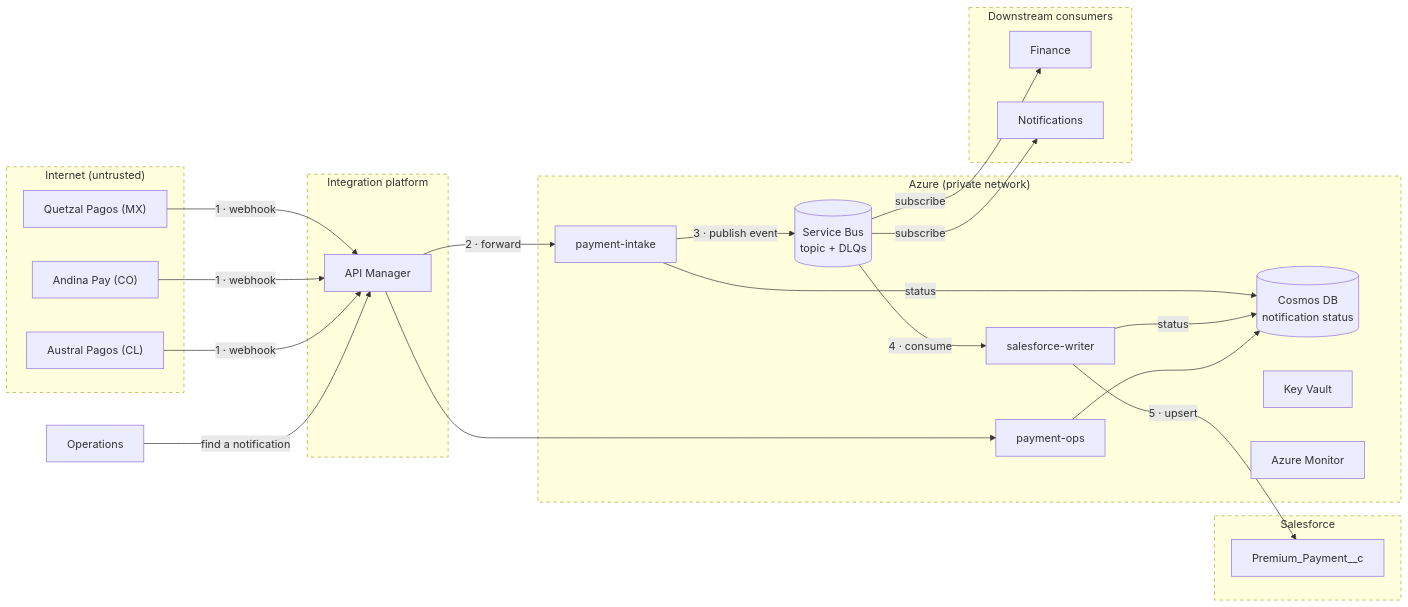
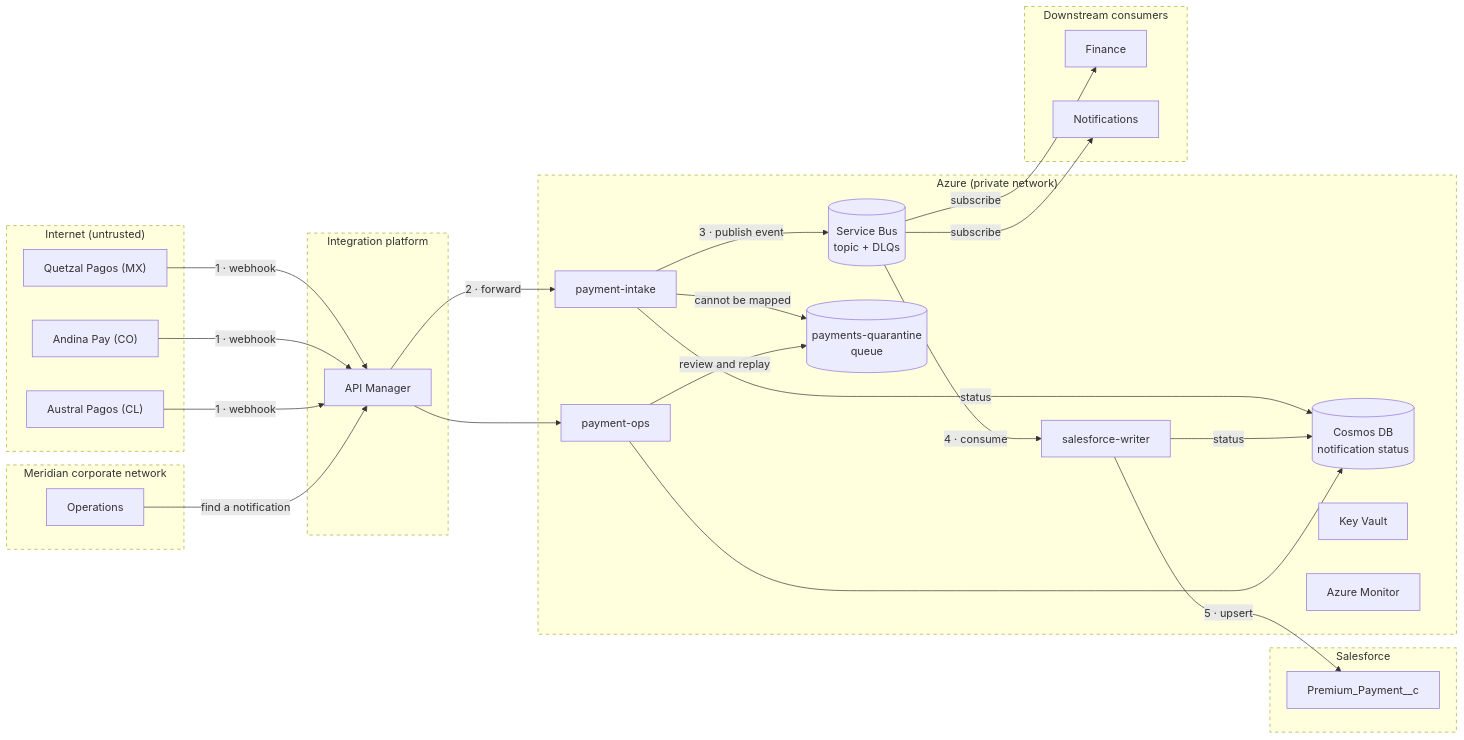
Before and after one commit to namaba18/MeridianMutual: the first of 3 diagrams in docs/design/SOLUTION_DESIGN.md, drawn with Mermaid. The commit also changed other lines of this file and 17 other files, not shown here.

````diff
--- a/docs/design/SOLUTION_DESIGN.md
+++ b/docs/design/SOLUTION_DESIGN.md
@@ -7,50 +7,56 @@
 ```mermaid
 flowchart LR
     subgraph INTERNET["Internet (untrusted)"]
         QZ["Quetzal Pagos (MX)"]
         AN["Andina Pay (CO)"]
         AU["Austral Pagos (CL)"]
     end
 
     subgraph PLATFORM["Integration platform"]
         APIM["API Manager"]
     end
 
     subgraph AZURE["Azure (private network)"]
         IN["payment-intake"]
         SB[("Service Bus<br/>topic + DLQs")]
+        QQ[("payments-quarantine<br/>queue")]
         SFW["salesforce-writer"]
         DB[("Cosmos DB<br/>notification status")]
         OPS["payment-ops"]
         KV["Key Vault"]
         MON["Azure Monitor"]
     end
 
     subgraph SALESFORCE["Salesforce"]
         SF["Premium_Payment__c"]
     end
 
     subgraph DOWNSTREAM["Downstream consumers"]
         FIN["Finance"]
         NOT["Notifications"]
     end
 
-    OPSU["Operations"]
+    subgraph CORP["Meridian corporate network"]
+        OPSU["Operations"]
+    end
 
     QZ & AN & AU -->|"1 · webhook"| APIM
     APIM -->|"2 · forward"| IN
     IN -->|"3 · publish event"| SB
     SB -->|"4 · consume"| SFW
     SFW -->|"5 · upsert"| SF
     SB -->|"subscribe"| FIN & NOT
     IN & SFW -->|"status"| DB
+    IN -->|"cannot be mapped"| QQ
     OPSU -->|"find a notification"| APIM
     APIM --> OPS
     OPS --> DB
+    OPS -->|"review and replay"| QQ
 
     style INTERNET stroke-dasharray:5 5
     style PLATFORM stroke-dasharray:5 5
     style AZURE stroke-dasharray:5 5
     style SALESFORCE stroke-dasharray:5 5
     style DOWNSTREAM stroke-dasharray:5 5
+    style CORP stroke-dasharray:5 5
 ```
````
